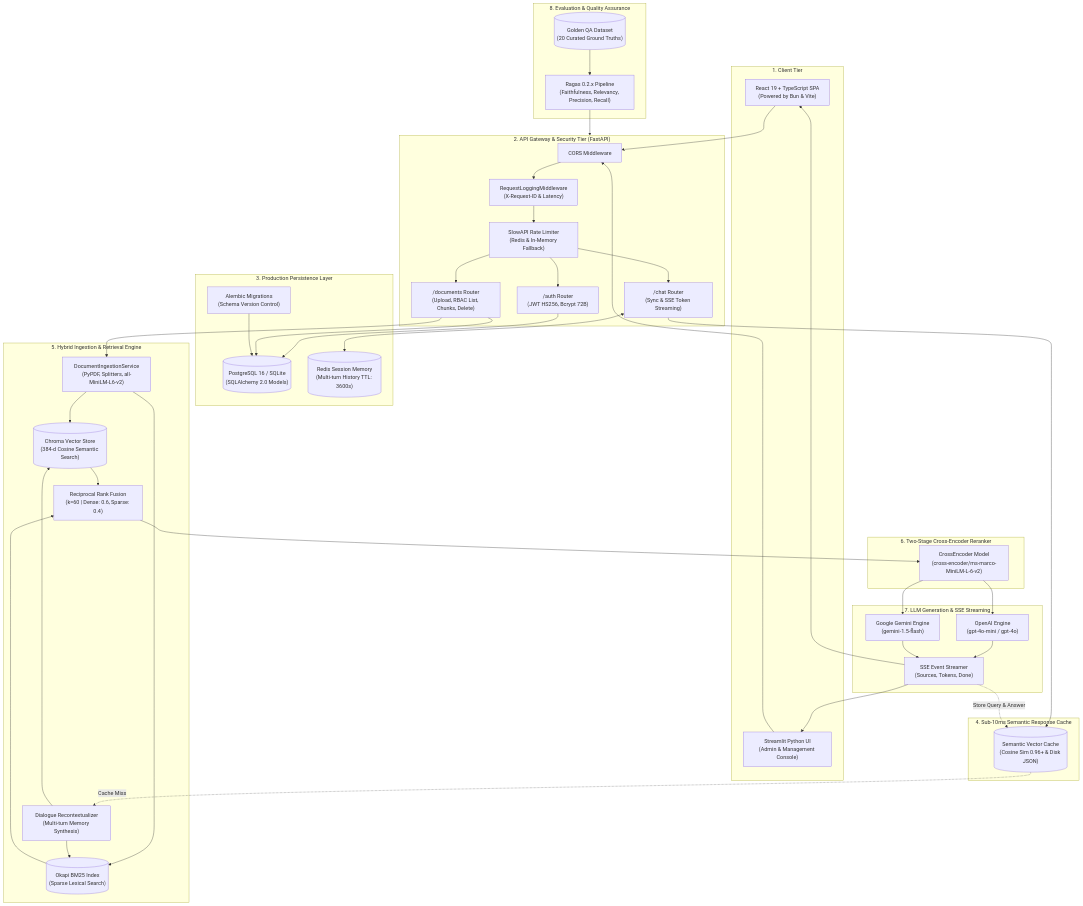
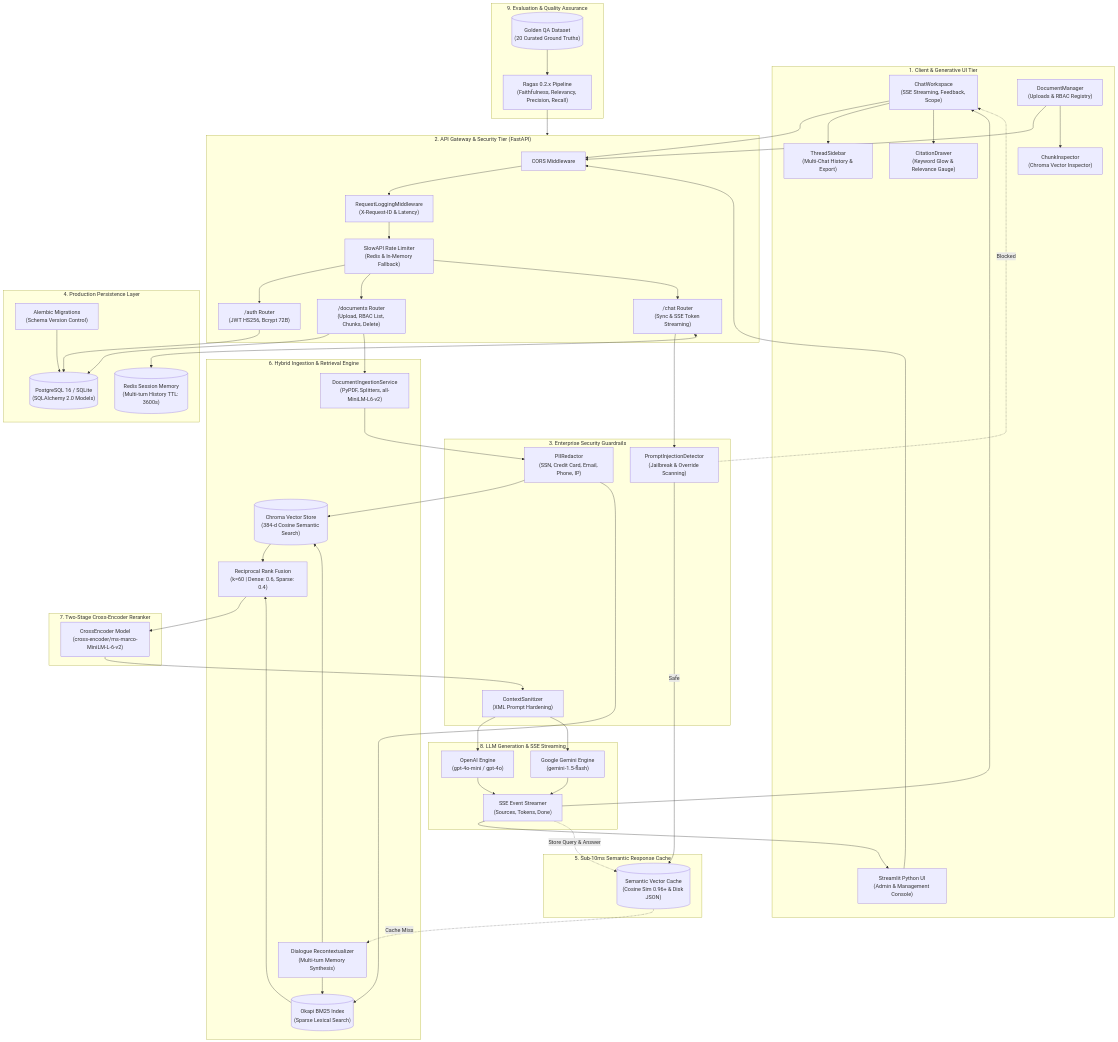
Before and after one commit to faizan-7890/SecureRAG: the diagram in docs/architecture_topology.mmd, drawn with Mermaid.

Commit message:
docs(diagrams): update topology flowchart to v5 with Guardrails tier and Generative UI nodes

```diff
--- a/docs/architecture_topology.mmd
+++ b/docs/architecture_topology.mmd
@@ -1,93 +1,113 @@
 flowchart TD
-    %% ── 1. Client Tier ──
-    subgraph ClientTier ["1. Client Tier"]
-        ReactApp["React 19 + TypeScript SPA<br/>(Powered by Bun & Vite)"]
+    %% ── 1. Client & Generative UI Tier ──
+    subgraph ClientTier ["1. Client & Generative UI Tier"]
+        ThreadSidebar["ThreadSidebar<br/>(Multi-Chat History & Export)"]
+        ChatWorkspace["ChatWorkspace<br/>(SSE Streaming, Feedback, Scope)"]
+        CitationDrawer["CitationDrawer<br/>(Keyword Glow & Relevance Gauge)"]
+        DocManager["DocumentManager<br/>(Uploads & RBAC Registry)"]
+        ChunkInspector["ChunkInspector<br/>(Chroma Vector Inspector)"]
         StreamlitApp["Streamlit Python UI<br/>(Admin & Management Console)"]
     end
 
     %% ── 2. API Gateway Tier ──
     subgraph APITier ["2. API Gateway & Security Tier (FastAPI)"]
         CORS["CORS Middleware"]
         Logging["RequestLoggingMiddleware<br/>(X-Request-ID & Latency)"]
         RateLimiter["SlowAPI Rate Limiter<br/>(Redis & In-Memory Fallback)"]
         AuthRouter["/auth Router<br/>(JWT HS256, Bcrypt 72B)"]
         DocRouter["/documents Router<br/>(Upload, RBAC List, Chunks, Delete)"]
         ChatRouter["/chat Router<br/>(Sync & SSE Token Streaming)"]
     end
 
-    %% ── 3. Persistence Tier ──
-    subgraph PersistenceTier ["3. Production Persistence Layer"]
+    %% ── 3. Enterprise Guardrails Tier ──
+    subgraph GuardrailsTier ["3. Enterprise Security Guardrails"]
+        InjectionDetector["PromptInjectionDetector<br/>(Jailbreak & Override Scanning)"]
+        PIIRedactor["PIIRedactor<br/>(SSN, Credit Card, Email, Phone, IP)"]
+        ContextSanitizer["ContextSanitizer<br/>(XML Prompt Hardening)"]
+    end
+
+    %% ── 4. Persistence Tier ──
+    subgraph PersistenceTier ["4. Production Persistence Layer"]
         PostgresDB[("PostgreSQL 16 / SQLite<br/>(SQLAlchemy 2.0 Models)")]
         AlembicMgr["Alembic Migrations<br/>(Schema Version Control)"]
         RedisStore[("Redis Session Memory<br/>(Multi-turn History TTL: 3600s)")]
     end
 
-    %% ── 4. Semantic Cache Tier ──
-    subgraph CacheTier ["4. Sub-10ms Semantic Response Cache"]
+    %% ── 5. Semantic Cache Tier ──
+    subgraph CacheTier ["5. Sub-10ms Semantic Response Cache"]
         SemCache[("Semantic Vector Cache<br/>(Cosine Sim 0.96+ & Disk JSON)")]
     end
 
-    %% ── 5. Hybrid Ingestion & Retrieval Engine ──
-    subgraph RAGCore ["5. Hybrid Ingestion & Retrieval Engine"]
+    %% ── 6. Hybrid Ingestion & Retrieval Engine ──
+    subgraph RAGCore ["6. Hybrid Ingestion & Retrieval Engine"]
         Ingestion["DocumentIngestionService<br/>(PyPDF, Splitters, all-MiniLM-L6-v2)"]
         DenseStore[("Chroma Vector Store<br/>(384-d Cosine Semantic Search)")]
         SparseStore[("Okapi BM25 Index<br/>(Sparse Lexical Search)")]
         RRF["Reciprocal Rank Fusion<br/>(k=60 | Dense: 0.6, Sparse: 0.4)"]
         Recontext["Dialogue Recontextualizer<br/>(Multi-turn Memory Synthesis)"]
     end
 
-    %% ── 6. Two-Stage Reranker Tier ──
-    subgraph RerankTier ["6. Two-Stage Cross-Encoder Reranker"]
+    %% ── 7. Two-Stage Reranker Tier ──
+    subgraph RerankTier ["7. Two-Stage Cross-Encoder Reranker"]
         CrossEncoder["CrossEncoder Model<br/>(cross-encoder/ms-marco-MiniLM-L-6-v2)"]
     end
 
-    %% ── 7. LLM Generation Tier ──
-    subgraph LLMTier ["7. LLM Generation & SSE Streaming"]
+    %% ── 8. LLM Generation Tier ──
+    subgraph LLMTier ["8. LLM Generation & SSE Streaming"]
         OpenAIProvider["OpenAI Engine<br/>(gpt-4o-mini / gpt-4o)"]
         GeminiProvider["Google Gemini Engine<br/>(gemini-1.5-flash)"]
         SSEGen["SSE Event Streamer<br/>(Sources, Tokens, Done)"]
     end
 
-    %% ── 8. Evaluation Tier ──
-    subgraph EvalTier ["8. Evaluation & Quality Assurance"]
+    %% ── 9. Evaluation Tier ──
+    subgraph EvalTier ["9. Evaluation & Quality Assurance"]
         Ragas["Ragas 0.2.x Pipeline<br/>(Faithfulness, Relevancy, Precision, Recall)"]
         GoldenDS[("Golden QA Dataset<br/>(20 Curated Ground Truths)")]
     end
 
     %% ── Inter-layer Connections ──
-    ReactApp --> CORS
+    ChatWorkspace --> CORS
+    DocManager --> CORS
     StreamlitApp --> CORS
     CORS --> Logging
     Logging --> RateLimiter
     RateLimiter --> AuthRouter
     RateLimiter --> DocRouter
     RateLimiter --> ChatRouter
 
     AuthRouter --> PostgresDB
     DocRouter --> PostgresDB
     AlembicMgr --> PostgresDB
 
     DocRouter --> Ingestion
-    Ingestion --> DenseStore
-    Ingestion --> SparseStore
+    Ingestion --> PIIRedactor
+    PIIRedactor --> DenseStore
+    PIIRedactor --> SparseStore
 
-    ChatRouter --> SemCache
+    ChatRouter --> InjectionDetector
+    InjectionDetector -.->|Blocked| ChatWorkspace
+    InjectionDetector -->|Safe| SemCache
     ChatRouter <--> RedisStore
     SemCache -.->|Cache Miss| Recontext
     Recontext --> DenseStore
     Recontext --> SparseStore
 
     DenseStore --> RRF
     SparseStore --> RRF
     RRF --> CrossEncoder
 
-    CrossEncoder --> OpenAIProvider
-    CrossEncoder --> GeminiProvider
+    CrossEncoder --> ContextSanitizer
+    ContextSanitizer --> OpenAIProvider
+    ContextSanitizer --> GeminiProvider
     OpenAIProvider --> SSEGen
     GeminiProvider --> SSEGen
-    SSEGen --> ReactApp
+    SSEGen --> ChatWorkspace
     SSEGen --> StreamlitApp
     SSEGen -.->|Store Query & Answer| SemCache
 
+    ChatWorkspace --> ThreadSidebar
+    ChatWorkspace --> CitationDrawer
+    DocManager --> ChunkInspector
+
     GoldenDS --> Ragas
     Ragas --> APITier
```
